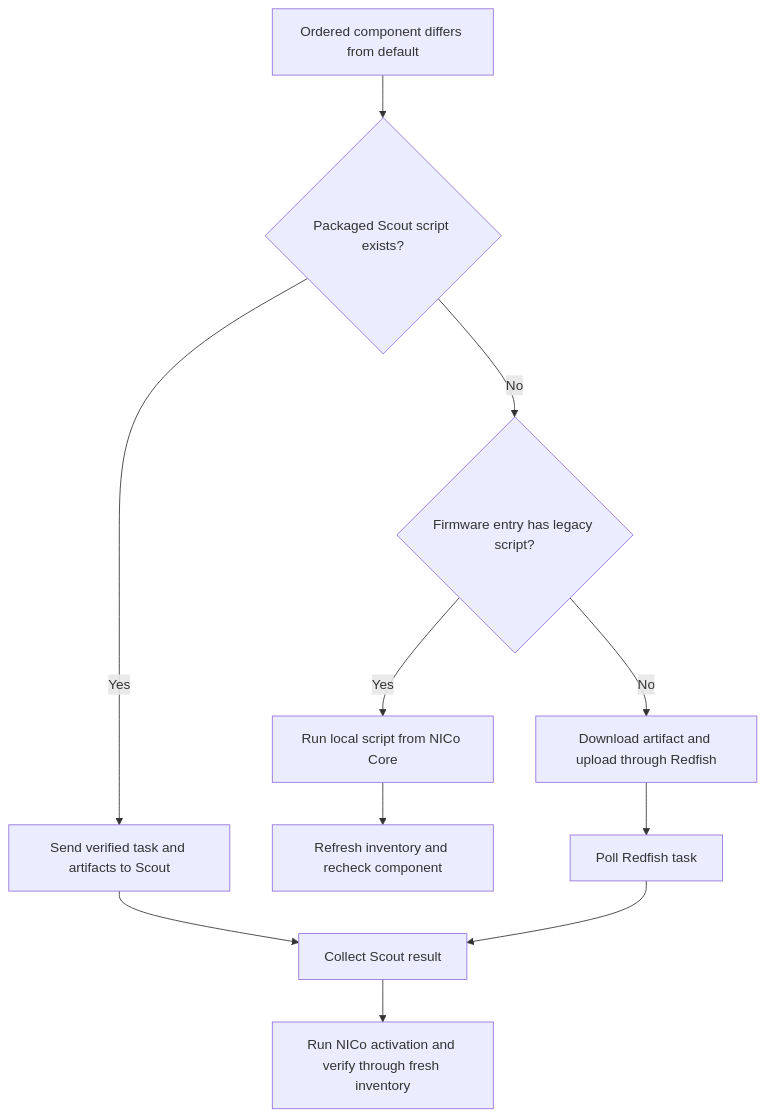
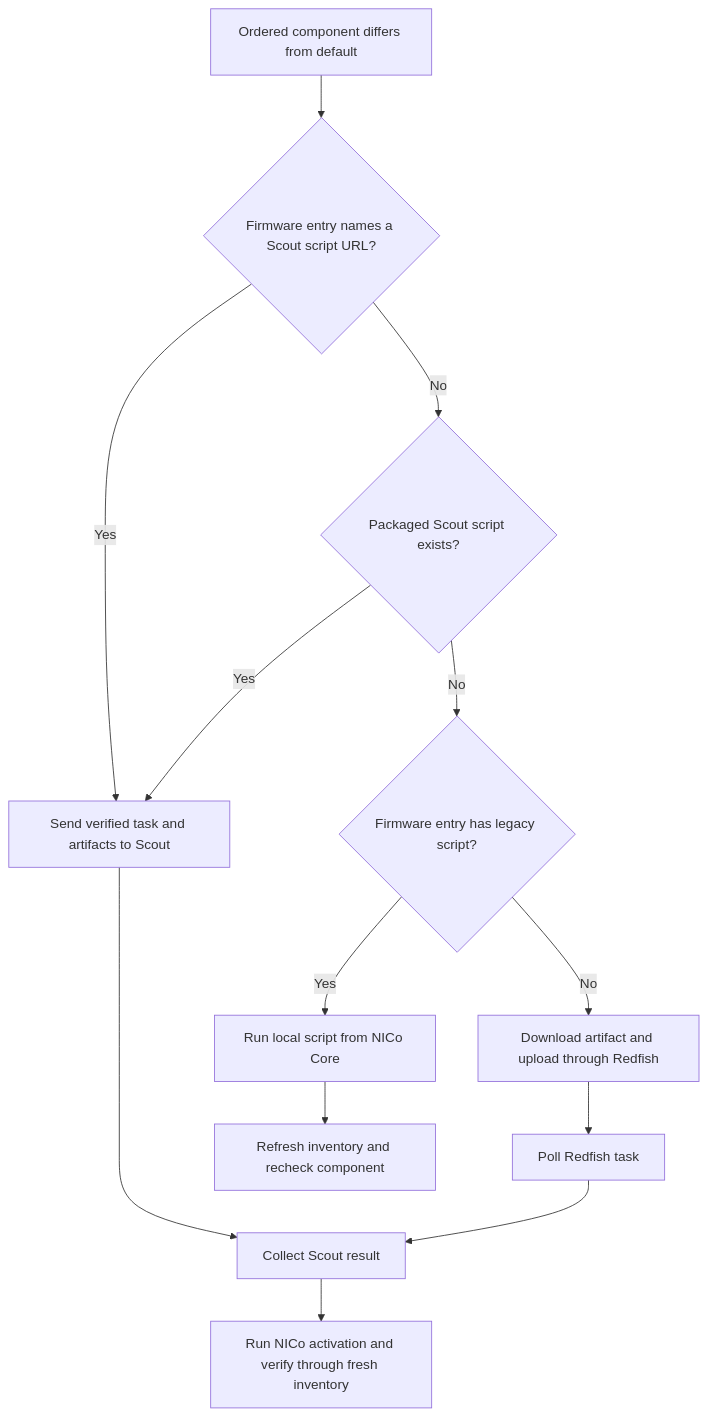
One commit to dsx-ai-factory/infra-controller changed the second of 2 diagrams in docs/operations/firmware-updates/host-firmware.md. Above: the diagram before and after it, drawn with Mermaid. The commit also changed other lines of this file and 4 other files, not shown here.

Commit message:
feat(firmware) aceept a script url for scout based ugprades

````diff
--- a/docs/operations/firmware-updates/host-firmware.md
+++ b/docs/operations/firmware-updates/host-firmware.md
@@ -222,13 +222,15 @@
 ```mermaid
 flowchart TD
-    A["Ordered component differs from default"] --> B{"Packaged Scout script exists?"}
-    B -- Yes --> C["Send verified task and artifacts to Scout"]
+    A["Ordered component differs from default"] --> S{"Firmware entry names a Scout script URL?"}
+    S -- Yes --> C["Send verified task and artifacts to Scout"]
+    S -- No --> B{"Packaged Scout script exists?"}
+    B -- Yes --> C
     B -- No --> D{"Firmware entry has legacy script?"}
     D -- Yes --> E["Run local script from NICo Core"]
     D -- No --> F["Download artifact and upload through Redfish"]
     C --> G["Collect Scout result"]
     E --> J["Refresh inventory and recheck component"]
     F --> H["Poll Redfish task"]
     H --> G
     G --> I["Run NICo activation and verify through fresh inventory"]
 ```
````
